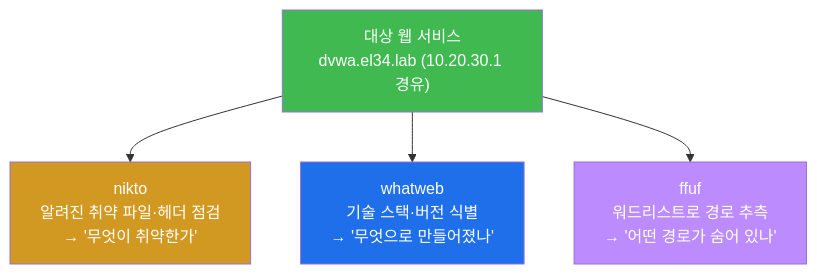
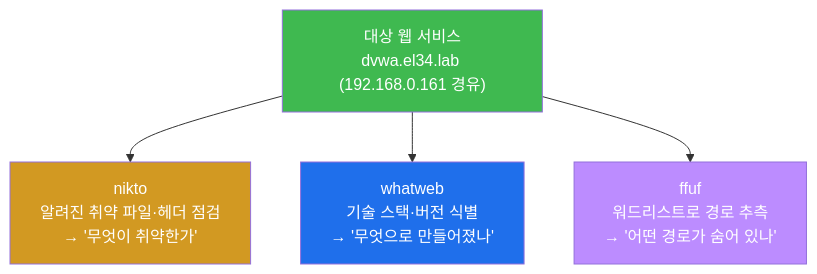
The second of 6 diagrams in contents/training/web-vuln/lecture_week02.md (mrgrit/tw2), drawn with Mermaid before and after one commit. The commit also changed other lines of this file and 304 other files, not shown here.

````diff
--- a/contents/training/web-vuln/lecture_week02.md
+++ b/contents/training/web-vuln/lecture_week02.md
@@ -132,14 +132,14 @@
 ```mermaid
 graph TD
-    TARGET["대상 웹 서비스<br/>dvwa.el34.lab (10.20.30.1 경유)"]
+    TARGET["대상 웹 서비스<br/>dvwa.el34.lab (192.168.0.161 경유)"]
     NIKTO["nikto<br/>알려진 취약 파일·헤더 점검<br/>→ '무엇이 취약한가'"]
     WHATWEB["whatweb<br/>기술 스택·버전 식별<br/>→ '무엇으로 만들어졌나'"]
     FFUF["ffuf<br/>워드리스트로 경로 추측<br/>→ '어떤 경로가 숨어 있나'"]
     TARGET --> NIKTO
     TARGET --> WHATWEB
     TARGET --> FFUF
     style TARGET fill:#3fb950,color:#fff
     style NIKTO fill:#d29922,color:#fff
     style WHATWEB fill:#1f6feb,color:#fff
     style FFUF fill:#bc8cff,color:#fff
 ```
````
